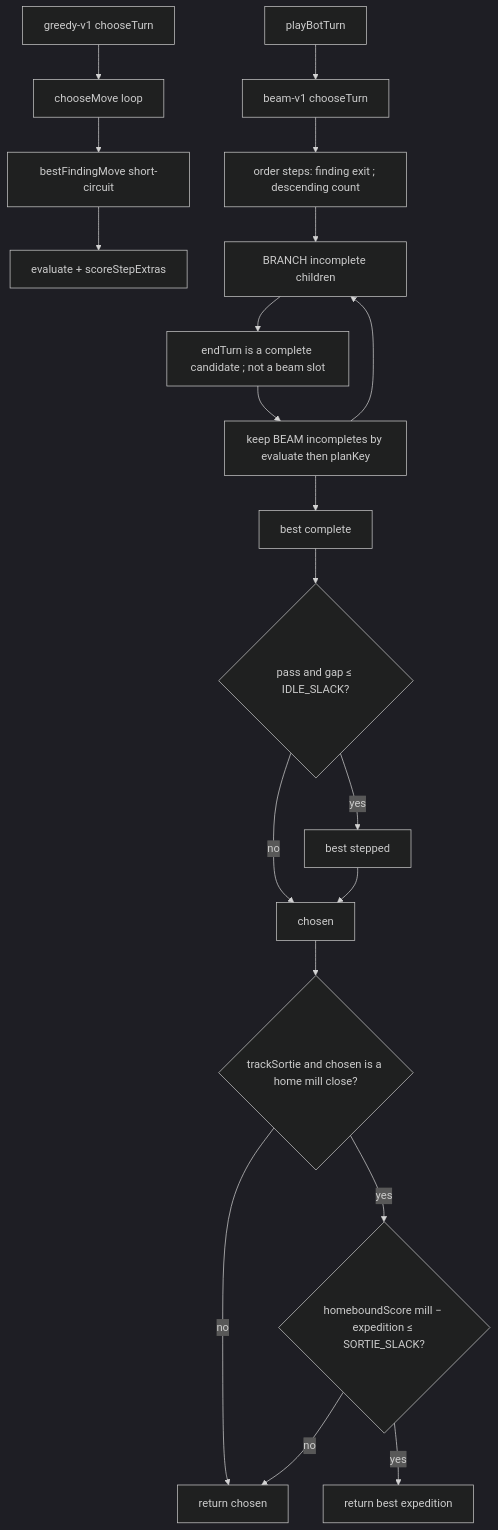
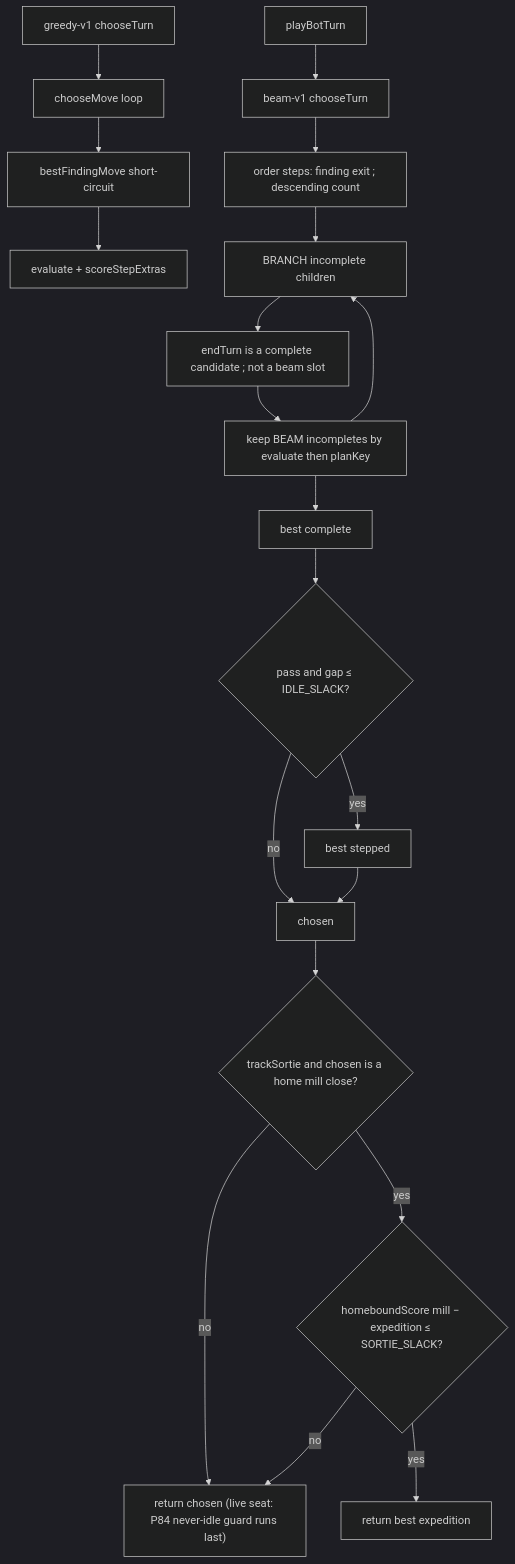
Before and after one commit to hochgi/conquarrow: the diagram in docs/spec/bot-turn-search/bot-turn-search.md, drawn with Mermaid (dark theme). The commit also changed other lines of this file and 23 other files, not shown here.

First line of the commit message:
🤖: P84 — the heuristic seat never passes while a step is legal (#86)

````diff
--- a/docs/spec/bot-turn-search/bot-turn-search.md
+++ b/docs/spec/bot-turn-search/bot-turn-search.md
@@ -510,22 +516,22 @@
 ```mermaid
 flowchart TD
   Play["playBotTurn"] --> Beam["beam-v1 chooseTurn"]
   Greedy["greedy-v1 chooseTurn"] --> Step["chooseMove loop"]
   Step --> Short["bestFindingMove short-circuit"]
   Short --> Extras["evaluate + scoreStepExtras"]
   Beam --> Order["order steps: finding exit #59; descending count"]
   Order --> Expand["BRANCH incomplete children"]
   Expand --> End["endTurn is a complete candidate #59; not a beam slot"]
   End --> Keep["keep BEAM incompletes by evaluate then planKey"]
   Keep --> Expand
   Keep --> Best["best complete"]
   Best --> Idle{"pass and gap ≤ IDLE_SLACK?"}
   Idle -->|yes| Stepped["best stepped"]
   Idle -->|no| Chosen["chosen"]
   Stepped --> Chosen
   Chosen --> Home{"trackSortie and chosen is a home mill close?"}
-  Home -->|no| Out["return chosen"]
+  Home -->|no| Out["return chosen (live seat: P84 never-idle guard runs last)"]
   Home -->|yes| Slack{"homeboundScore mill − expedition ≤ SORTIE_SLACK?"}
   Slack -->|yes| Exp["return best expedition"]
   Slack -->|no| Out
 ```
````
